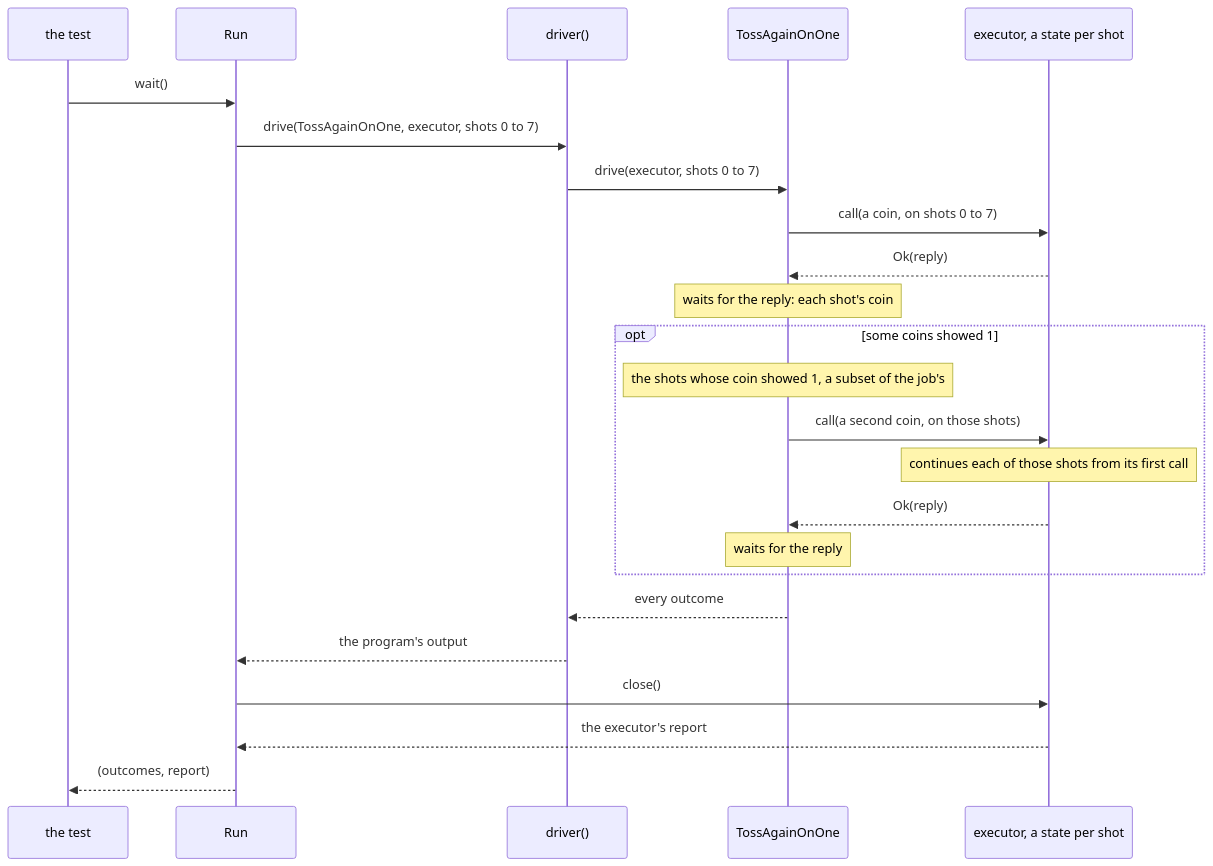
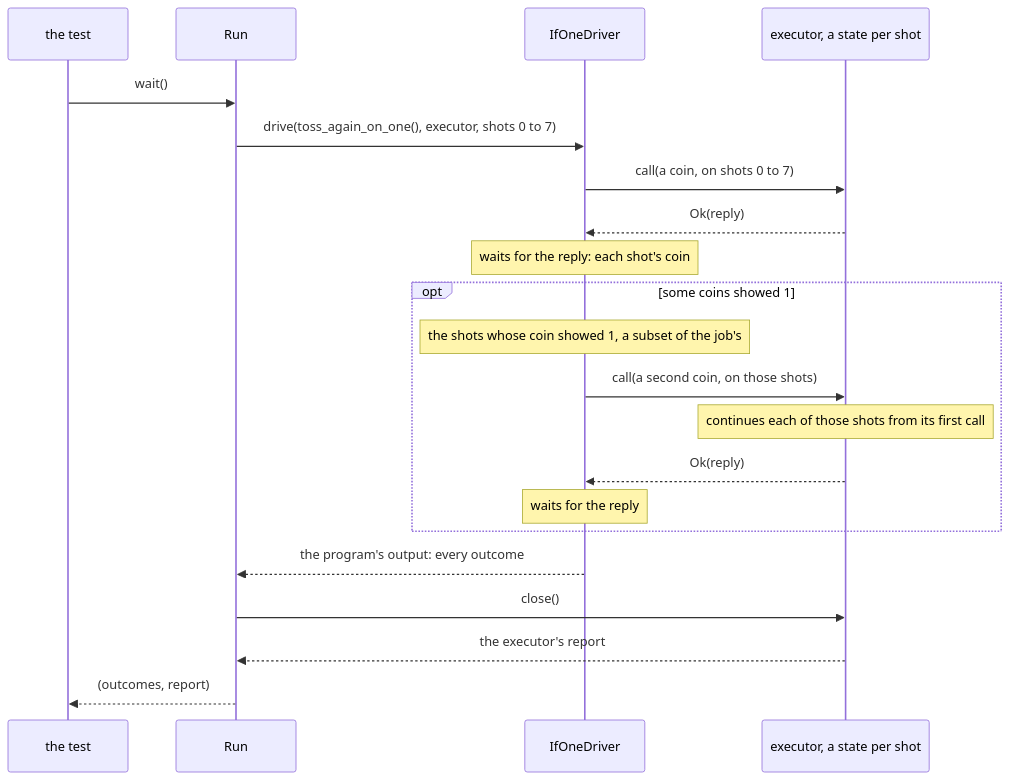
One commit to microsoft/qdk changed the third of 6 diagrams in source/executor_protocol/docs/protocol.md. Above: the diagram before and after it, drawn with Mermaid. The commit also changed other lines of this file and 45 other files, not shown here.

First line of the commit message:
executor_protocol: make a program data, driven by its driver

````diff
--- a/source/executor_protocol/docs/protocol.md
+++ b/source/executor_protocol/docs/protocol.md
@@ -172,26 +174,23 @@
 ```mermaid
 sequenceDiagram
   participant T as the test
   participant R as Run
-  participant D as driver()
-  participant P as TossAgainOnOne
+  participant D as IfOneDriver
   participant E as executor, a state per shot
   T->>R: wait()
-  R->>D: drive(TossAgainOnOne, executor, shots 0 to 7)
-  D->>P: drive(executor, shots 0 to 7)
-  P->>E: call(a coin, on shots 0 to 7)
-  E-->>P: Ok(reply)
-  Note over P: waits for the reply: each shot's coin
+  R->>D: drive(toss_again_on_one(), executor, shots 0 to 7)
+  D->>E: call(a coin, on shots 0 to 7)
+  E-->>D: Ok(reply)
+  Note over D: waits for the reply: each shot's coin
   opt some coins showed 1
-    Note over P: the shots whose coin showed 1, a subset of the job's
-    P->>E: call(a second coin, on those shots)
+    Note over D: the shots whose coin showed 1, a subset of the job's
+    D->>E: call(a second coin, on those shots)
     Note over E: continues each of those shots from its first call
-    E-->>P: Ok(reply)
-    Note over P: waits for the reply
+    E-->>D: Ok(reply)
+    Note over D: waits for the reply
   end
-  P-->>D: every outcome
-  D-->>R: the program's output
+  D-->>R: the program's output: every outcome
   R->>E: close()
   E-->>R: the executor's report
   R-->>T: (outcomes, report)
 ```
````
